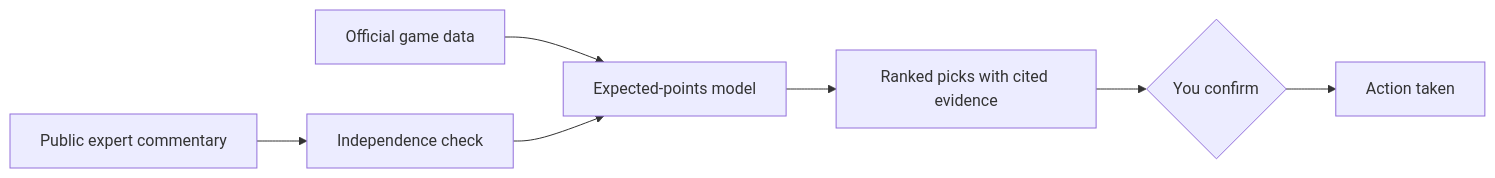
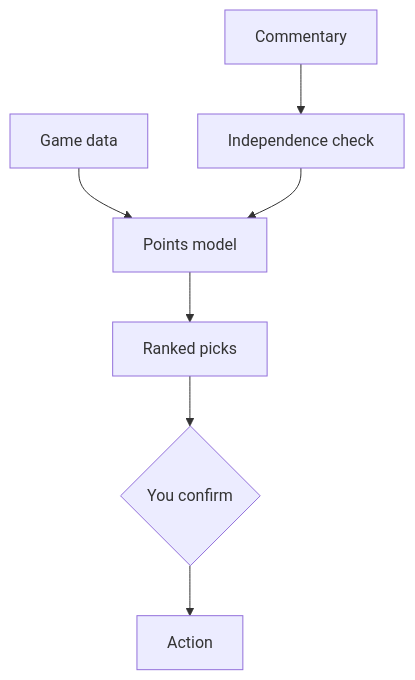
The diagram in README.md (Mohanad1st/fpl-war-room-showcase), drawn with Mermaid before and after one commit. The commit also changed other lines of this file and 2 other files, not shown here.

````diff
--- a/README.md
+++ b/README.md
@@ -22,9 +24,11 @@
 ```mermaid
-flowchart LR
-  A[Official game data] --> D[Expected-points model]
-  B[Public expert commentary] --> C[Independence check]
+flowchart TD
+  accTitle: How the weekly decision is made
+  accDescr: Official game data feeds an expected-points model; public commentary is checked for independence; the model produces ranked picks with cited evidence, and nothing is acted on until you confirm.
+  A[Game data] --> D[Points model]
+  B[Commentary] --> C[Independence check]
   C --> D
-  D --> E[Ranked picks with cited evidence]
+  D --> E[Ranked picks]
   E --> F{You confirm}
-  F --> G[Action taken]
+  F --> G[Action]
 ```
````
